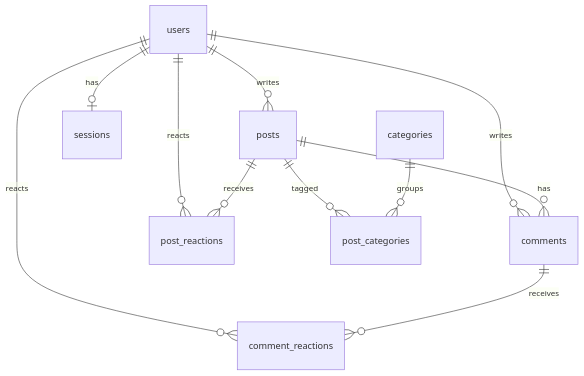
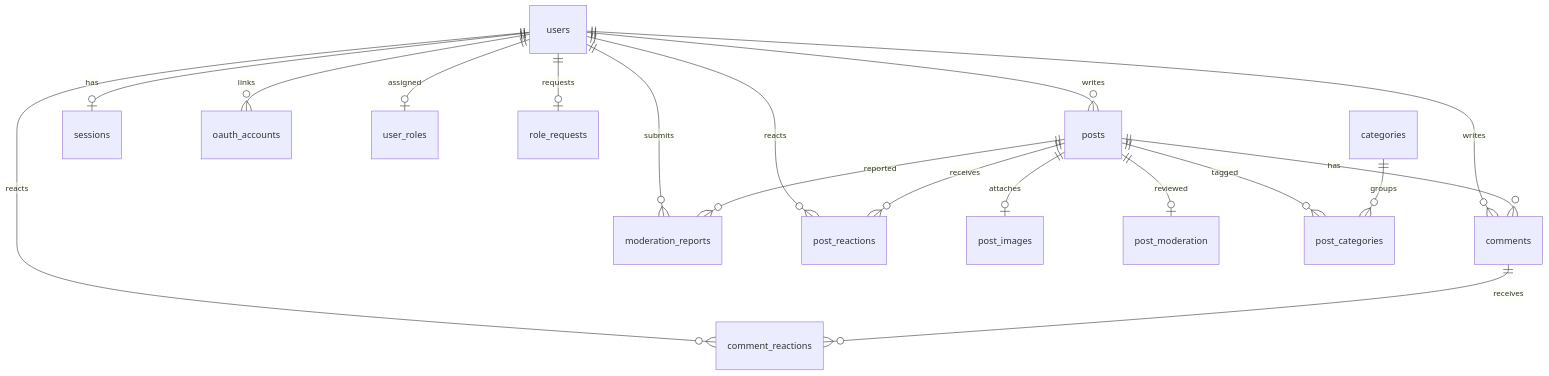
The diagram in readme.md (gelafros/forum), drawn with Mermaid before and after one commit. The commit also changed other lines of this file and 1 other file, not shown here.

Commit message:
docs(readme): update project tree, ER diagram, status codes, and .gitignore

````diff
--- a/readme.md
+++ b/readme.md
@@ -332,13 +339,20 @@
 ```mermaid
 erDiagram
     users ||--o{ posts : writes
     users ||--o{ comments : writes
     users ||--o| sessions : has
+    users ||--o{ oauth_accounts : links
+    users ||--o| user_roles : assigned
+    users ||--o| role_requests : requests
+    users ||--o{ moderation_reports : submits
     users ||--o{ post_reactions : reacts
     users ||--o{ comment_reactions : reacts
     posts ||--o{ comments : has
+    posts ||--o| post_images : attaches
+    posts ||--o| post_moderation : reviewed
+    posts ||--o{ moderation_reports : reported
     posts ||--o{ post_categories : tagged
     categories ||--o{ post_categories : groups
     posts ||--o{ post_reactions : receives
     comments ||--o{ comment_reactions : receives
 ```
````
